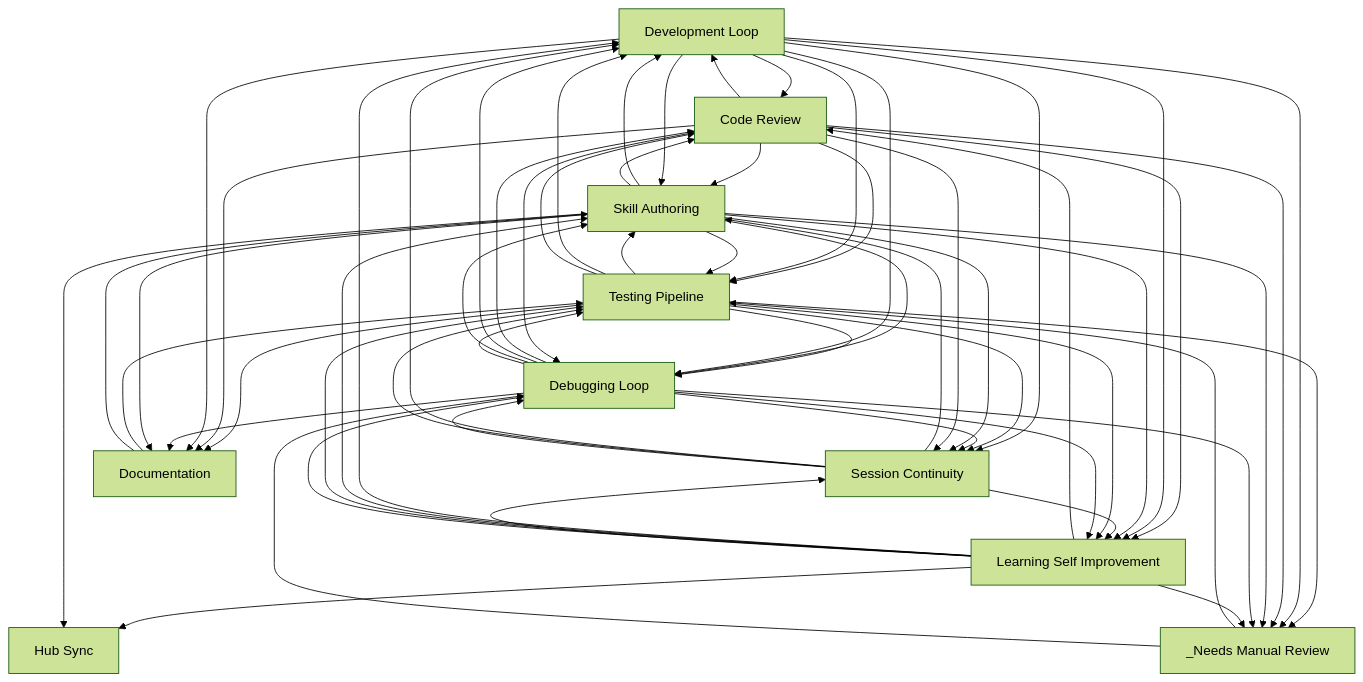
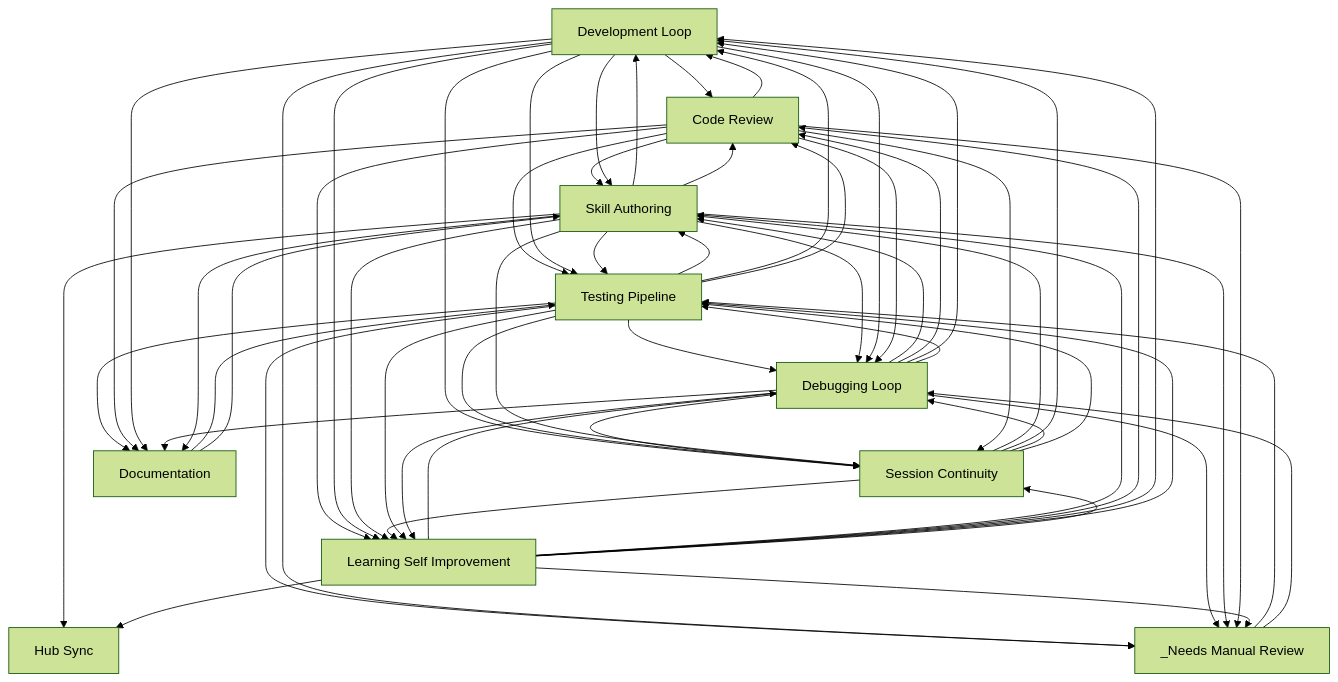
Before and after one commit to abhayla/claude-best-practices: the diagram in docs/workflows/INDEX.md, drawn with Mermaid (forest theme). The commit also changed other lines of this file and 13 other files, not shown here.

````diff
--- a/docs/workflows/INDEX.md
+++ b/docs/workflows/INDEX.md
@@ -22,71 +22,71 @@
 ```mermaid
 graph TD
     development_loop[Development Loop]
     testing_pipeline[Testing Pipeline]
     debugging_loop[Debugging Loop]
     learning_self_improvement[Learning Self Improvement]
     session_continuity[Session Continuity]
     skill_authoring[Skill Authoring]
     code_review[Code Review]
     documentation[Documentation]
     hub_sync[Hub Sync]
     _needs_manual_review[_Needs Manual Review]
     documentation --> testing_pipeline
     documentation --> skill_authoring
     code_review --> skill_authoring
     code_review --> development_loop
     development_loop --> code_review
     development_loop --> skill_authoring
     code_review --> learning_self_improvement
     code_review --> testing_pipeline
     development_loop --> learning_self_improvement
     development_loop --> testing_pipeline
     testing_pipeline --> skill_authoring
     skill_authoring --> testing_pipeline
     testing_pipeline --> debugging_loop
     testing_pipeline --> development_loop
     skill_authoring --> debugging_loop
     skill_authoring --> development_loop
     testing_pipeline --> code_review
+    debugging_loop --> skill_authoring
     debugging_loop --> code_review
     debugging_loop --> development_loop
-    debugging_loop --> skill_authoring
     debugging_loop --> testing_pipeline
     development_loop --> debugging_loop
     skill_authoring --> code_review
     skill_authoring --> learning_self_improvement
     testing_pipeline --> _needs_manual_review
     development_loop --> _needs_manual_review
     testing_pipeline --> documentation
     code_review --> documentation
     development_loop --> documentation
+    development_loop --> session_continuity
     session_continuity --> learning_self_improvement
-    development_loop --> session_continuity
     _needs_manual_review --> testing_pipeline
     testing_pipeline --> session_continuity
     debugging_loop --> session_continuity
     skill_authoring --> session_continuity
     _needs_manual_review --> debugging_loop
     testing_pipeline --> learning_self_improvement
     debugging_loop --> learning_self_improvement
+    learning_self_improvement --> debugging_loop
+    learning_self_improvement --> skill_authoring
     learning_self_improvement --> code_review
     learning_self_improvement --> development_loop
-    learning_self_improvement --> skill_authoring
     learning_self_improvement --> testing_pipeline
-    learning_self_improvement --> debugging_loop
     code_review --> debugging_loop
+    debugging_loop --> _needs_manual_review
+    skill_authoring --> _needs_manual_review
     code_review --> _needs_manual_review
-    skill_authoring --> _needs_manual_review
-    debugging_loop --> _needs_manual_review
+    learning_self_improvement --> session_continuity
     code_review --> session_continuity
-    learning_self_improvement --> session_continuity
     session_continuity --> skill_authoring
     debugging_loop --> documentation
     session_continuity --> development_loop
+    session_continuity --> debugging_loop
     session_continuity --> testing_pipeline
-    session_continuity --> debugging_loop
+    skill_authoring --> hub_sync
     learning_self_improvement --> hub_sync
-    skill_authoring --> hub_sync
     learning_self_improvement --> _needs_manual_review
     skill_authoring --> documentation
 ```
````
